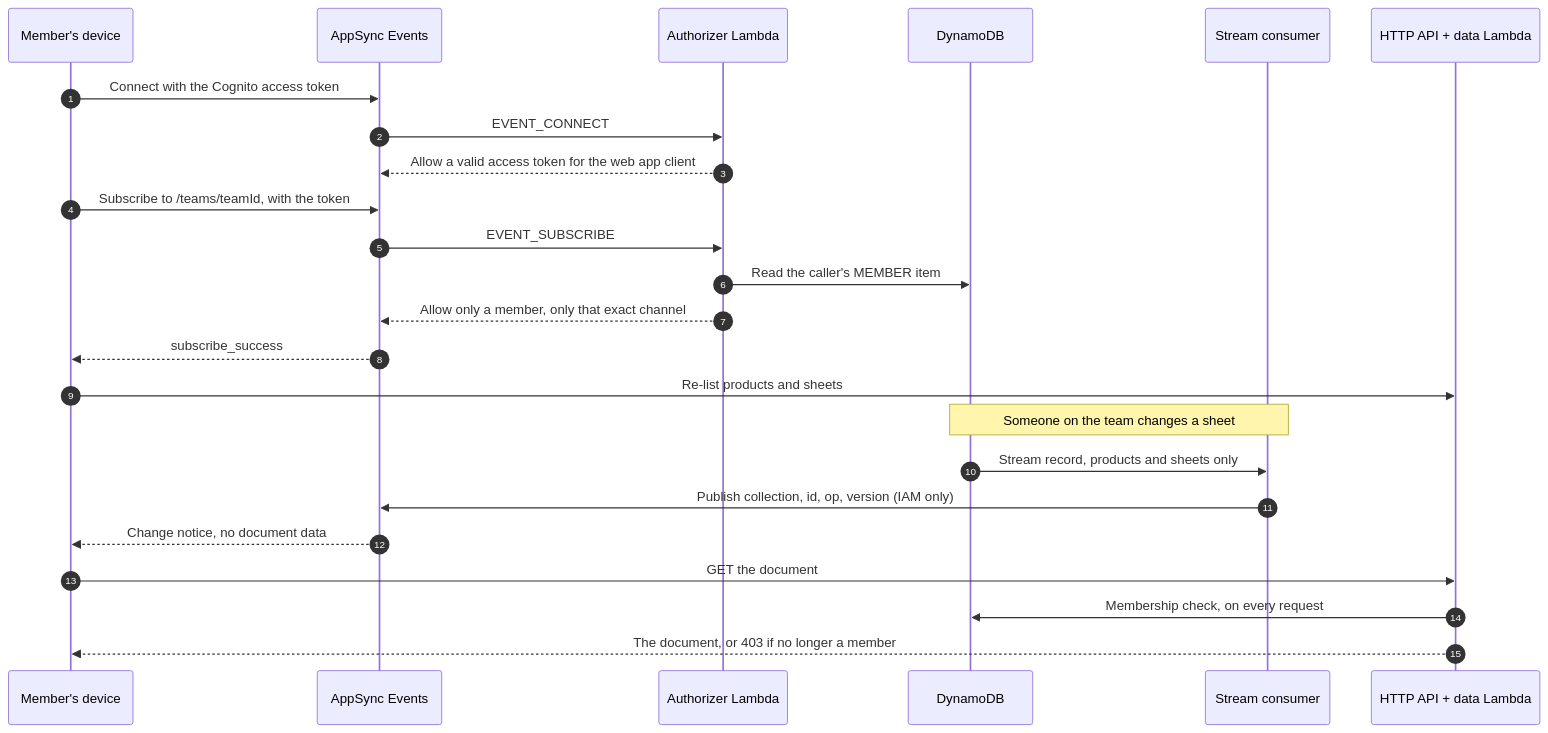
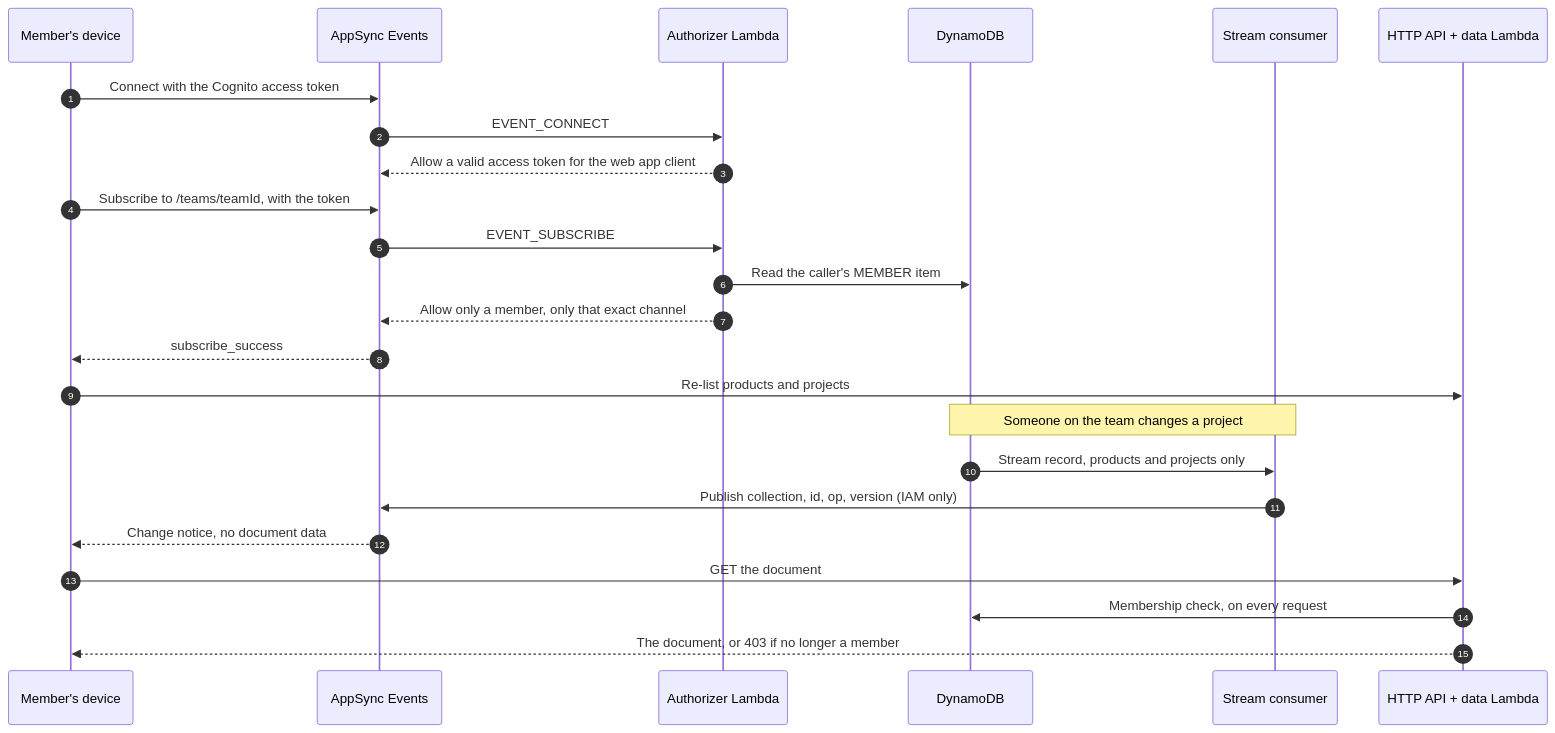
Before and after one commit to davetashner/supply-checkout: the sixth of 12 diagrams in docs/architecture/README.md, drawn with Mermaid. The commit also changed other lines of this file and 77 other files, not shown here.

````diff
--- a/docs/architecture/README.md
+++ b/docs/architecture/README.md
@@ -244,27 +244,27 @@
 ```mermaid
 sequenceDiagram
   autonumber
   participant App as Member's device
   participant RT as AppSync Events
   participant Au as Authorizer Lambda
   participant DB as DynamoDB
   participant P as Stream consumer
   participant API as HTTP API + data Lambda
 
   App->>RT: Connect with the Cognito access token
   RT->>Au: EVENT_CONNECT
   Au-->>RT: Allow a valid access token for the web app client
   App->>RT: Subscribe to /teams/teamId, with the token
   RT->>Au: EVENT_SUBSCRIBE
   Au->>DB: Read the caller's MEMBER item
   Au-->>RT: Allow only a member, only that exact channel
   RT-->>App: subscribe_success
-  App->>API: Re-list products and sheets
-  Note over DB,P: Someone on the team changes a sheet
-  DB->>P: Stream record, products and sheets only
+  App->>API: Re-list products and projects
+  Note over DB,P: Someone on the team changes a project
+  DB->>P: Stream record, products and projects only
   P->>RT: Publish collection, id, op, version (IAM only)
   RT-->>App: Change notice, no document data
   App->>API: GET the document
   API->>DB: Membership check, on every request
   API-->>App: The document, or 403 if no longer a member
 ```
````
